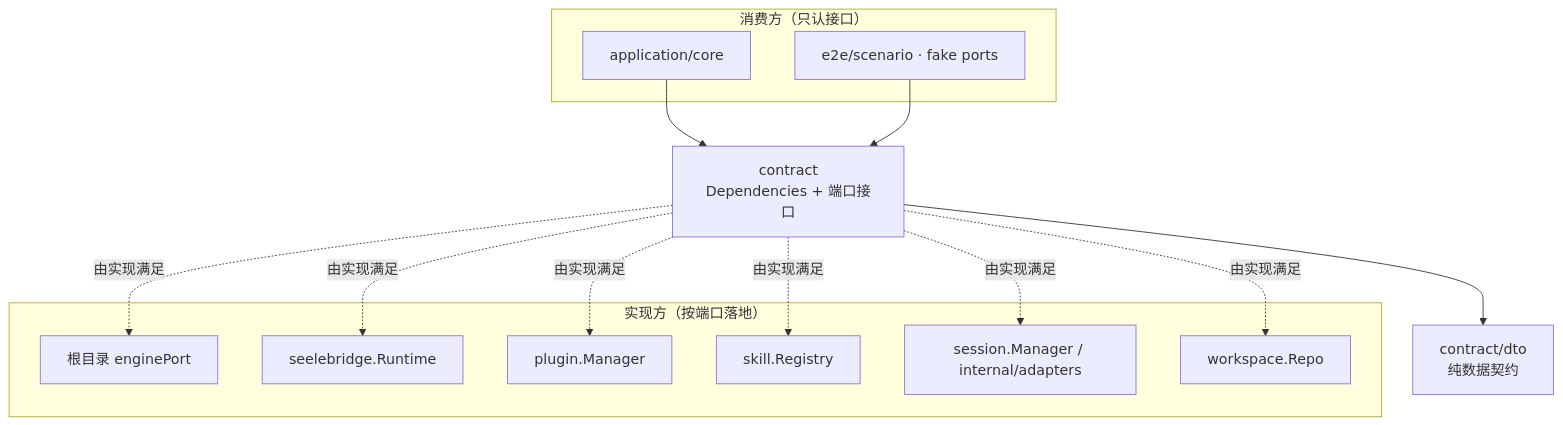
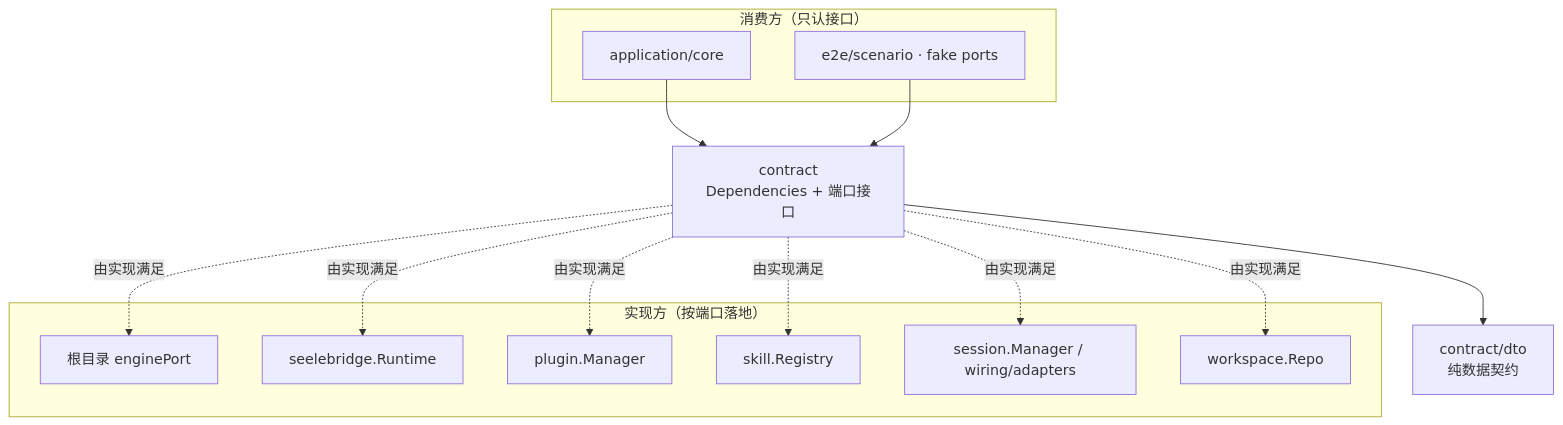
One commit to RedHuang-0622/seelex changed the first of 2 diagrams in contract/README.md. Above: the diagram before and after it, drawn with Mermaid. The commit also changed other lines of this file and 79 other files, not shown here.

First line of the commit message:
refactor(arch): M5-R1 internal/adapters 归位 wiring/adapters（plan §2.10）

````diff
--- a/contract/README.md
+++ b/contract/README.md
@@ -17,30 +17,30 @@
 ```mermaid
 flowchart TB
     subgraph CONSUMER["消费方（只认接口）"]
         CORE["application/core"]
         TEST["e2e/scenario · fake ports"]
     end
 
     CONTRACT["contract<br/>Dependencies + 端口接口"]
 
     subgraph IMPL["实现方（按端口落地）"]
         ENGINE["根目录 enginePort"]
         RUNTIME["seelebridge.Runtime"]
         PLUGIN["plugin.Manager"]
         SKILL["skill.Registry"]
-        SESSION["session.Manager / internal/adapters"]
+        SESSION["session.Manager / wiring/adapters"]
         WS["workspace.Repo"]
     end
 
     DTO["contract/dto<br/>纯数据契约"]
 
     CORE --> CONTRACT
     TEST --> CONTRACT
     CONTRACT --> DTO
     CONTRACT -.->|由实现满足| ENGINE
     CONTRACT -.->|由实现满足| RUNTIME
     CONTRACT -.->|由实现满足| PLUGIN
     CONTRACT -.->|由实现满足| SKILL
     CONTRACT -.->|由实现满足| SESSION
     CONTRACT -.->|由实现满足| WS
 ```
````
